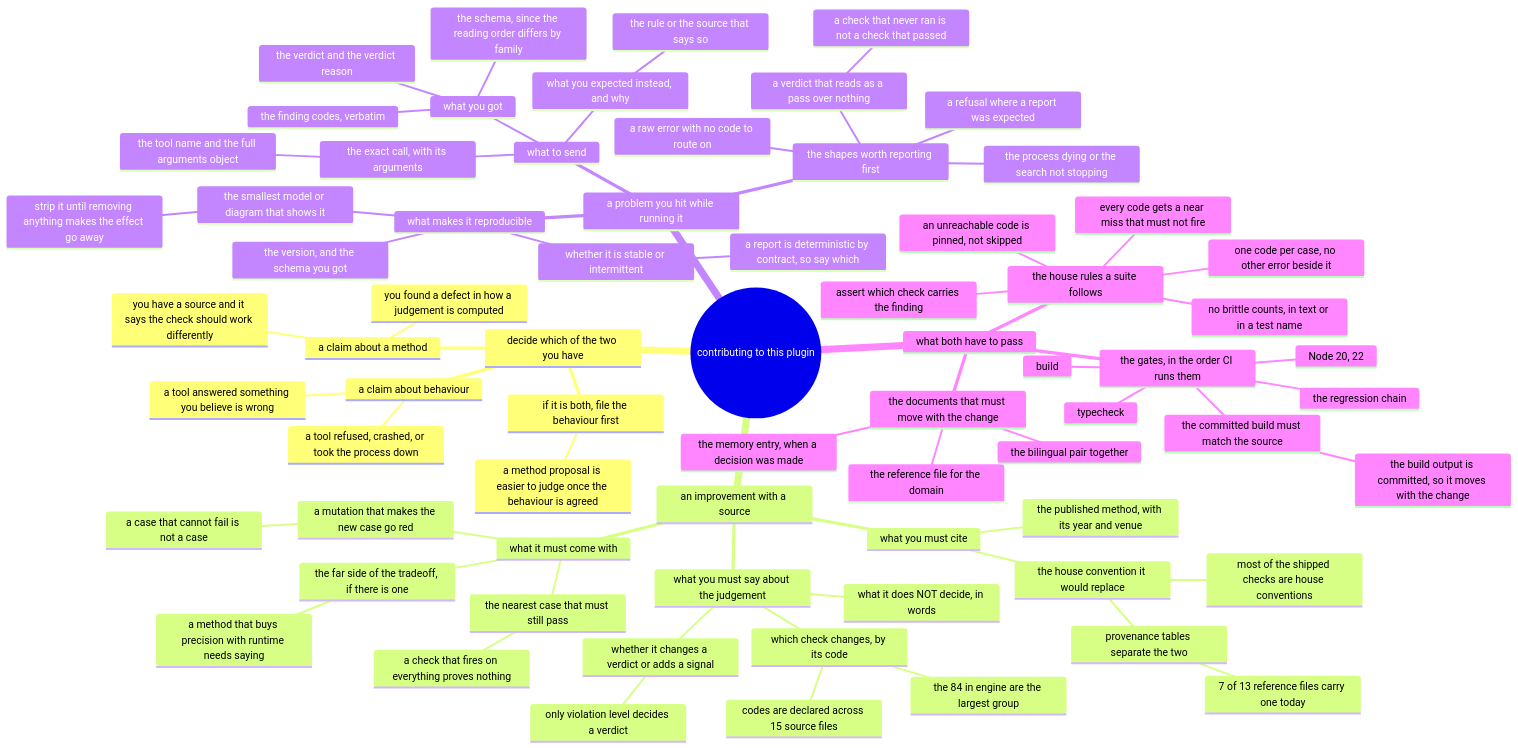
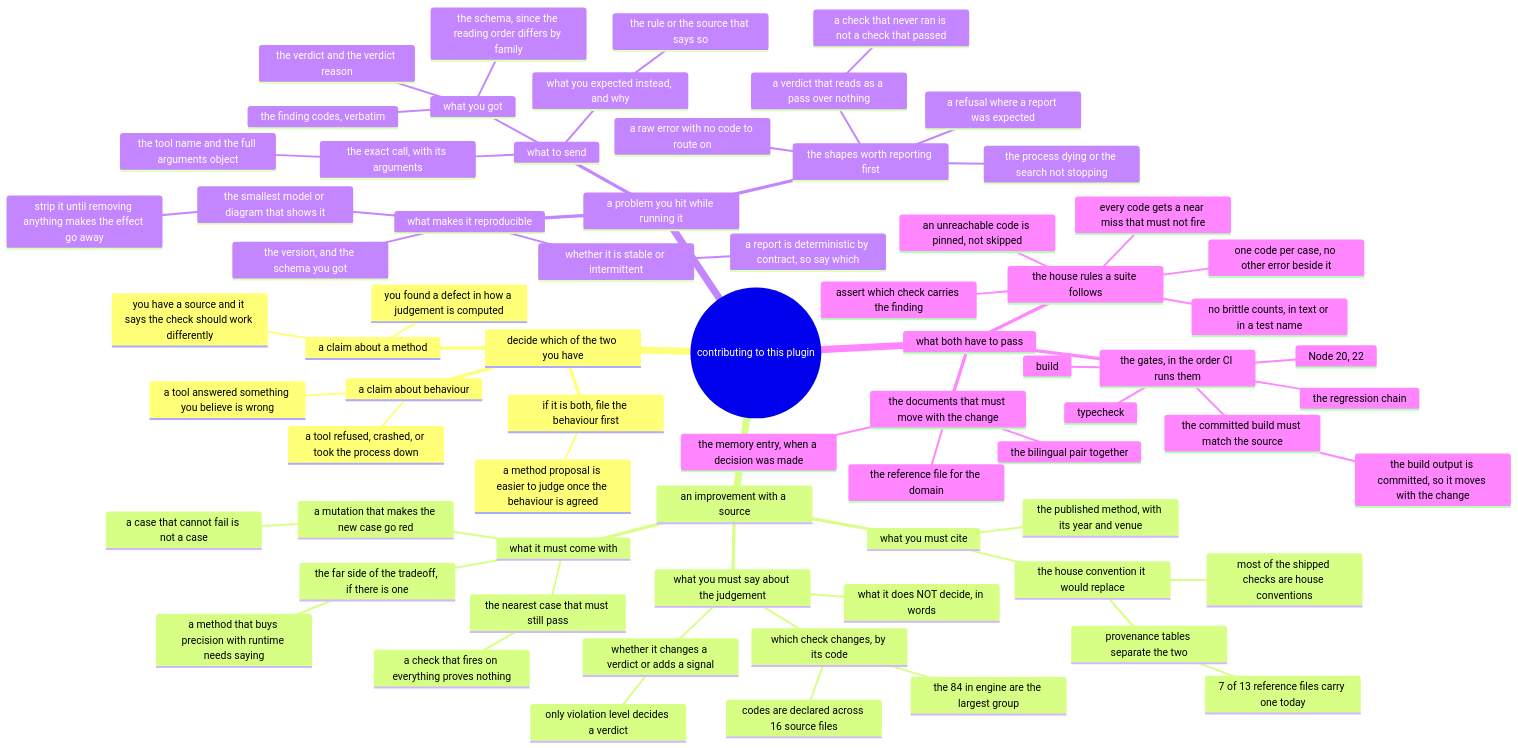
One commit to AmethystLuna/dsh-model-everything changed the diagram in docs/contributing/mindmap.mmd. Above: the diagram before and after it, drawn with Mermaid. The commit also changed 10 other files, not shown here.

First line of the commit message:
feat(diagram): a structural review, with budgets a caller can set

```diff
--- a/docs/contributing/mindmap.mmd
+++ b/docs/contributing/mindmap.mmd
@@ -1,72 +1,72 @@
 mindmap
 root((contributing to this plugin))
   decide which of the two you have
     a claim about a method
       you have a source and it says the check should work differently
       you found a defect in how a judgement is computed
     a claim about behaviour
       a tool answered something you believe is wrong
       a tool refused, crashed, or took the process down
     if it is both, file the behaviour first
       a method proposal is easier to judge once the behaviour is agreed
   an improvement with a source
     what you must cite
       the published method, with its year and venue
       the house convention it would replace
         provenance tables separate the two
           7 of 13 reference files carry one today
         most of the shipped checks are house conventions
     what you must say about the judgement
       which check changes, by its code
-        codes are declared across 15 source files
+        codes are declared across 16 source files
         the 84 in engine are the largest group
       whether it changes a verdict or adds a signal
         only violation level decides a verdict
       what it does NOT decide, in words
     what it must come with
       the nearest case that must still pass
         a check that fires on everything proves nothing
       a mutation that makes the new case go red
         a case that cannot fail is not a case
       the far side of the tradeoff, if there is one
         a method that buys precision with runtime needs saying
   a problem you hit while running it
     what to send
       the exact call, with its arguments
         the tool name and the full arguments object
       what you got
         the verdict and the verdict reason
         the finding codes, verbatim
         the schema, since the reading order differs by family
       what you expected instead, and why
         the rule or the source that says so
     the shapes worth reporting first
       a verdict that reads as a pass over nothing
         a check that never ran is not a check that passed
       a refusal where a report was expected
       a raw error with no code to route on
       the process dying or the search not stopping
     what makes it reproducible
       the smallest model or diagram that shows it
         strip it until removing anything makes the effect go away
       the version, and the schema you got
       whether it is stable or intermittent
         a report is deterministic by contract, so say which
   what both have to pass
     the gates, in the order CI runs them
       Node 20, 22
       typecheck
       build
       the regression chain
       the committed build must match the source
         the build output is committed, so it moves with the change
     the house rules a suite follows
       one code per case, no other error beside it
       assert which check carries the finding
       every code gets a near miss that must not fire
       an unreachable code is pinned, not skipped
       no brittle counts, in text or in a test name
     the documents that must move with the change
       the reference file for the domain
       the memory entry, when a decision was made
       the bilingual pair together
```
